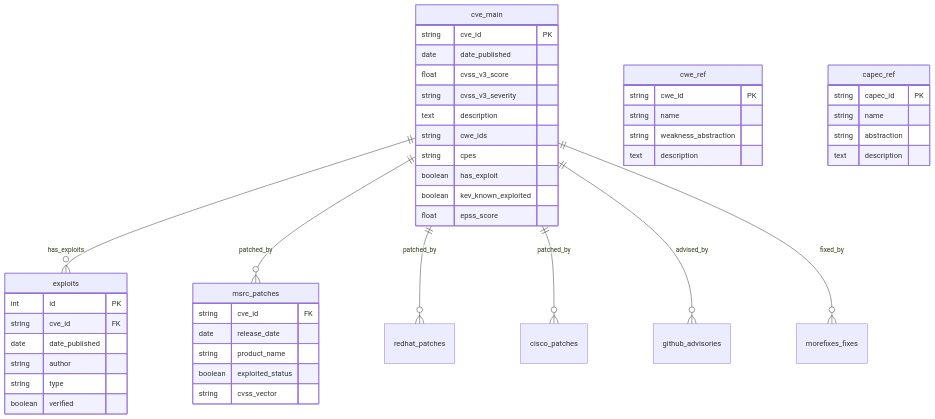
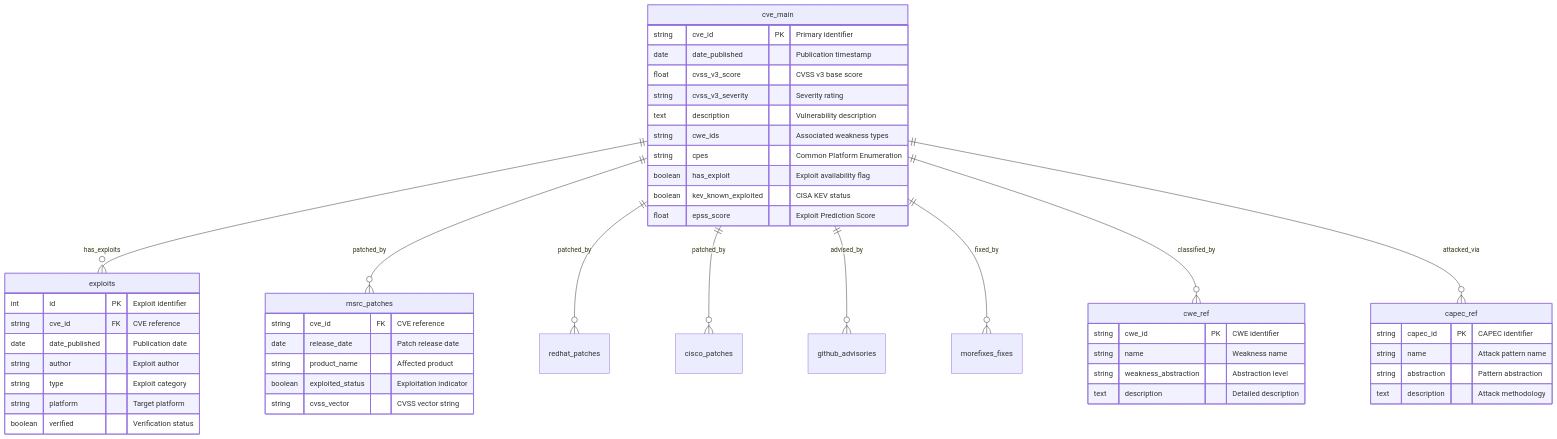
The second of 6 diagrams in docs/data/schema-overview.md (EID-ALBEDAH/research-doc), drawn with Mermaid before and after one commit. The commit also changed other lines of this file and 3 other files, not shown here.

````diff
--- a/docs/data/schema-overview.md
+++ b/docs/data/schema-overview.md
@@ -9,53 +55,56 @@
 ```mermaid
 erDiagram
     cve_main ||--o{ exploits : "has_exploits"
     cve_main ||--o{ msrc_patches : "patched_by"
     cve_main ||--o{ redhat_patches : "patched_by"
     cve_main ||--o{ cisco_patches : "patched_by"
     cve_main ||--o{ github_advisories : "advised_by"
     cve_main ||--o{ morefixes_fixes : "fixed_by"
+    cve_main ||--o{ cwe_ref : "classified_by"
+    cve_main ||--o{ capec_ref : "attacked_via"
     
     cve_main {
-        string cve_id PK
-        date date_published
-        float cvss_v3_score
-        string cvss_v3_severity
-        text description
-        string cwe_ids
-        string cpes
-        boolean has_exploit
-        boolean kev_known_exploited
-        float epss_score
+        string cve_id PK "Primary identifier"
+        date date_published "Publication timestamp"
+        float cvss_v3_score "CVSS v3 base score"
+        string cvss_v3_severity "Severity rating"
+        text description "Vulnerability description"
+        string cwe_ids "Associated weakness types"
+        string cpes "Common Platform Enumeration"
+        boolean has_exploit "Exploit availability flag"
+        boolean kev_known_exploited "CISA KEV status"
+        float epss_score "Exploit Prediction Score"
     }
     
     exploits {
-        int id PK
-        string cve_id FK
-        date date_published
-        string author
-        string type
-        boolean verified
+        int id PK "Exploit identifier"
+        string cve_id FK "CVE reference"
+        date date_published "Publication date"
+        string author "Exploit author"
+        string type "Exploit category"
+        string platform "Target platform"
+        boolean verified "Verification status"
     }
     
     msrc_patches {
-        string cve_id FK
-        date release_date
-        string product_name
-        boolean exploited_status
-        string cvss_vector
+        string cve_id FK "CVE reference"
+        date release_date "Patch release date"
+        string product_name "Affected product"
+        boolean exploited_status "Exploitation indicator"
+        string cvss_vector "CVSS vector string"
     }
     
     cwe_ref {
-        string cwe_id PK
-        string name
-        string weakness_abstraction
-        text description
+        string cwe_id PK "CWE identifier"
+        string name "Weakness name"
+        string weakness_abstraction "Abstraction level"
+        text description "Detailed description"
     }
     
     capec_ref {
-        string capec_id PK
-        string name
-        string abstraction
-        text description
+        string capec_id PK "CAPEC identifier"
+        string name "Attack pattern name"
+        string abstraction "Pattern abstraction"
+        text description "Attack methodology"
     }
 ```
````
